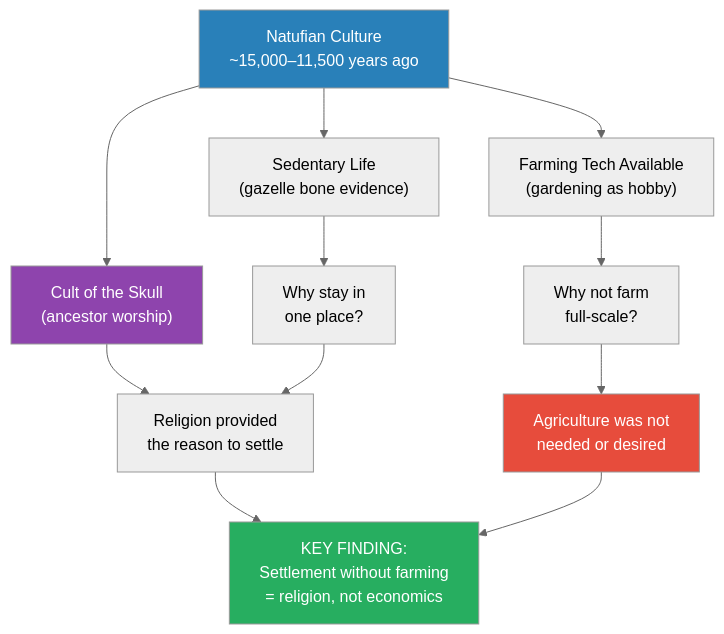
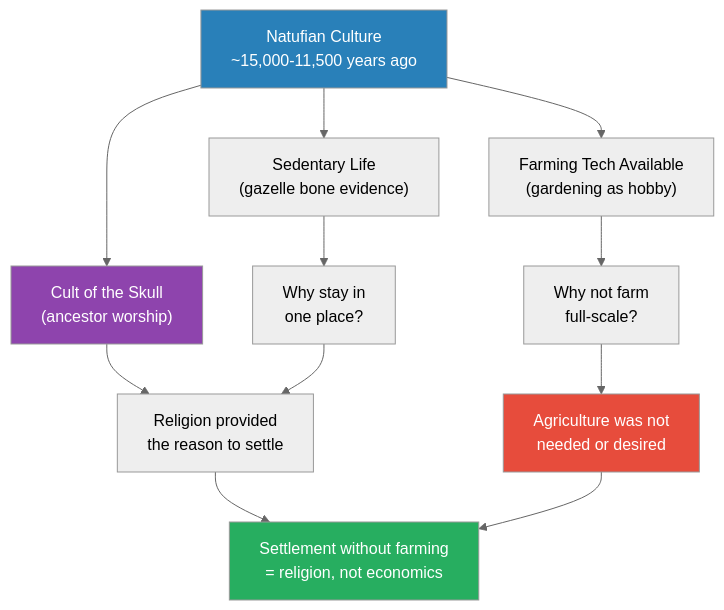
One commit to alius33/reader changed the fifth of 7 diagrams in summaries/Lectures/Civilization/01 - Explaining Humanity's Transition to Agriculture.md. Above: the diagram before and after it, drawn with Mermaid (neutral theme). The commit also changed other lines of this file and 78 other files, not shown here.

````diff
--- a/summaries/Lectures/Civilization/01 - Explaining Humanity's Transition to Agriculture.md
+++ b/summaries/Lectures/Civilization/01 - Explaining Humanity's Transition to Agriculture.md
@@ -564,17 +328,17 @@
 ```mermaid
 flowchart TD
-    N["Natufian Culture<br/>~15,000–11,500 years ago"] --> SED["Sedentary Life<br/>(gazelle bone evidence)"]
+    N["Natufian Culture<br/>~15,000-11,500 years ago"] --> SED["Sedentary Life<br/>(gazelle bone evidence)"]
     N --> TECH["Farming Tech Available<br/>(gardening as hobby)"]
     N --> REL["Cult of the Skull<br/>(ancestor worship)"]
     SED --> Q1["Why stay in<br/>one place?"]
     TECH --> Q2["Why not farm<br/>full-scale?"]
     REL --> A1["Religion provided<br/>the reason to settle"]
     Q1 --> A1
     Q2 --> A2["Agriculture was not<br/>needed or desired"]
-    A1 --> KEY["KEY FINDING:<br/>Settlement without farming<br/>= religion, not economics"]
+    A1 --> KEY["Settlement without farming<br/>= religion, not economics"]
     A2 --> KEY
     style N fill:#2980b9,color:#fff
     style REL fill:#8e44ad,color:#fff
     style KEY fill:#27ae60,color:#fff
     style A2 fill:#e74c3c,color:#fff
 ```
````
